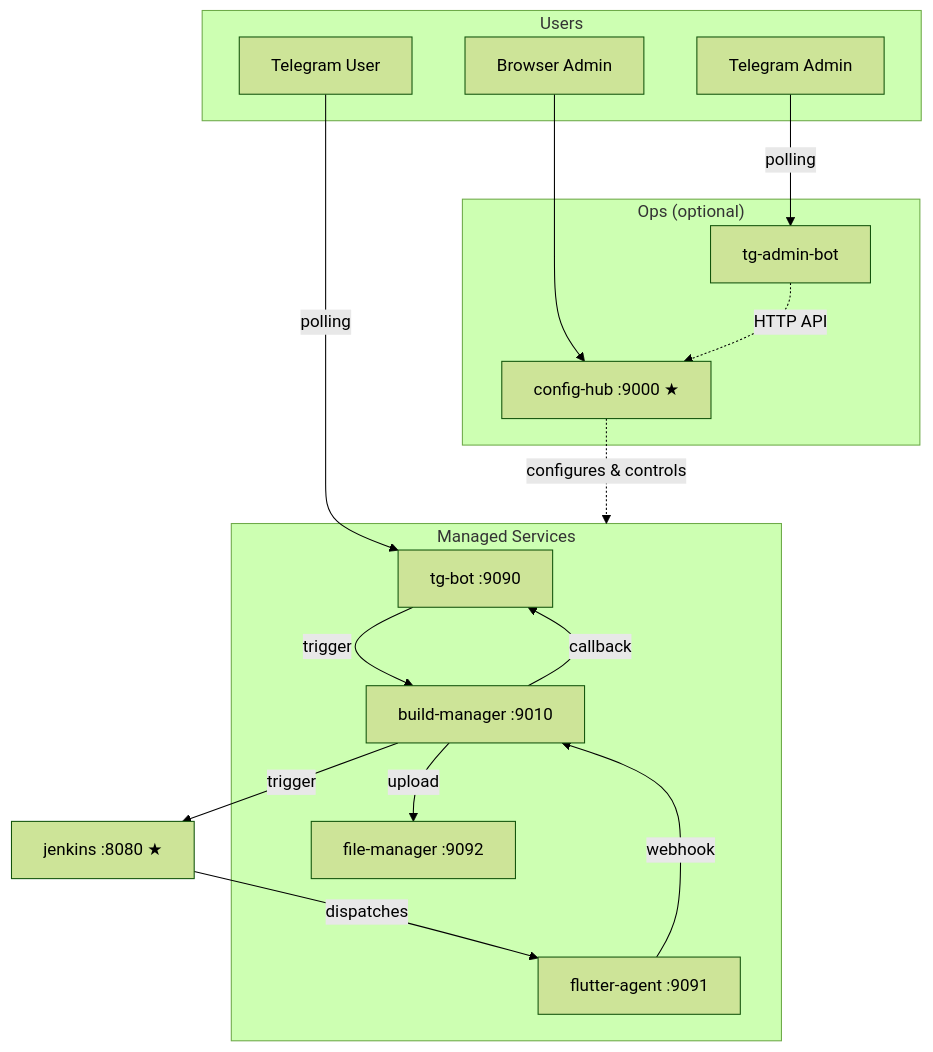
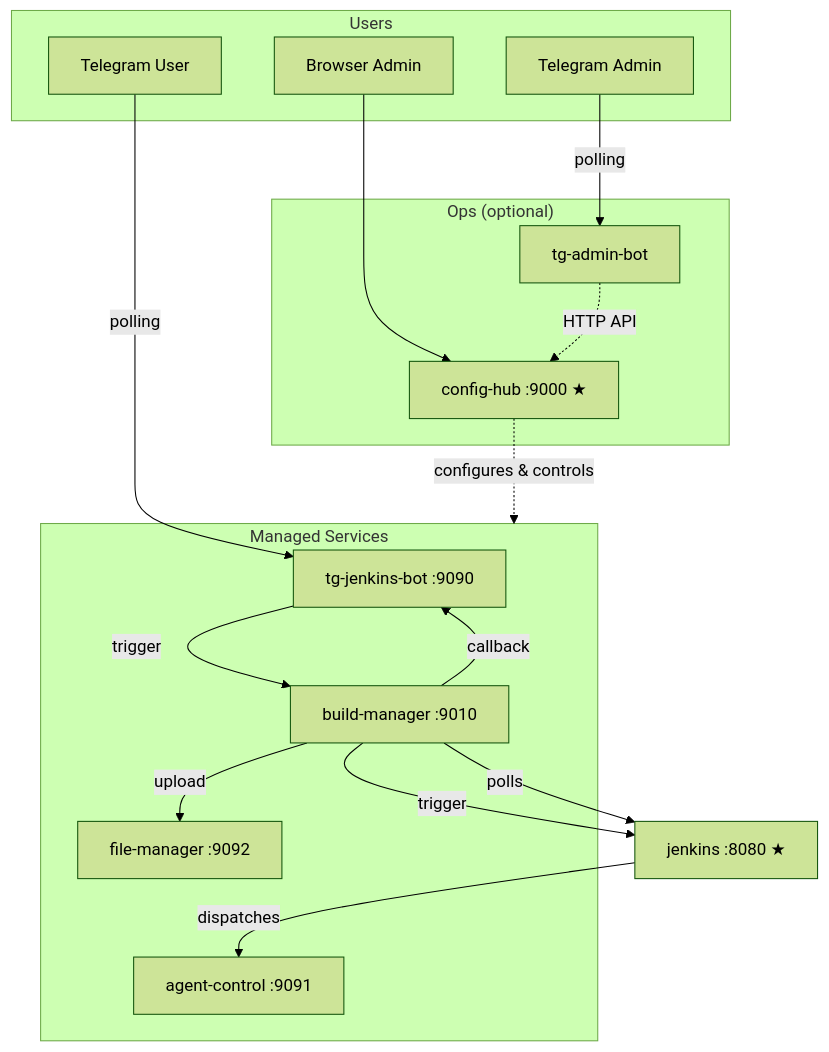
Before and after one commit to VinhNgT/jenkins-flutter-bot: the diagram in README.md, drawn with Mermaid (forest theme). The commit also changed other lines of this file and 7 other files, not shown here.

````diff
--- a/README.md
+++ b/README.md
@@ -13,35 +13,35 @@
 ```mermaid
 graph TD
     subgraph users["Users"]
         TU["Telegram User"]
         BA["Browser Admin"]
         TA["Telegram Admin"]
     end
 
     subgraph ops["Ops  (optional)"]
         CH["config-hub :9000 ★"]
         TAB["tg-admin-bot"]
     end
 
     subgraph managed["Managed Services"]
-        BOT["tg-bot :9090"]
+        BOT["tg-jenkins-bot :9090"]
         BM["build-manager :9010"]
         FM["file-manager :9092"]
-        AGT["flutter-agent :9091"]
+        AGT["agent-control :9091"]
     end
 
     JNK["jenkins :8080 ★"]
 
     TU -- polling --> BOT
     BA --> CH
     TA -- polling --> TAB
     TAB -. "HTTP API" .-> CH
     CH -. "configures & controls" .-> managed
 
     BOT -- trigger --> BM
     BM -- trigger --> JNK
     JNK -- dispatches --> AGT
-    AGT -- webhook --> BM
+    BM -- polls --> JNK
     BM -- upload --> FM
     BM -- callback --> BOT
 ```
````
